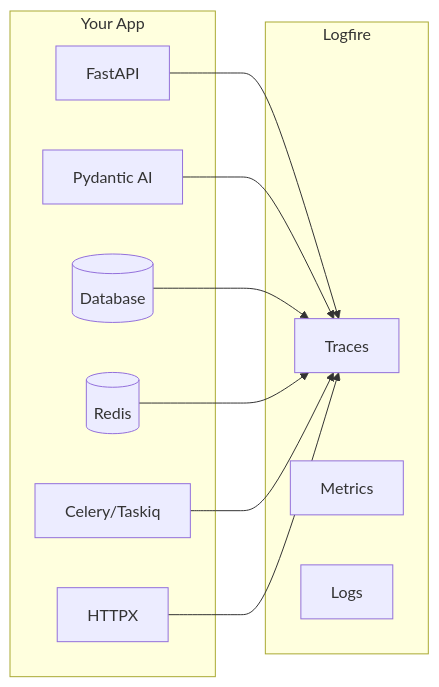
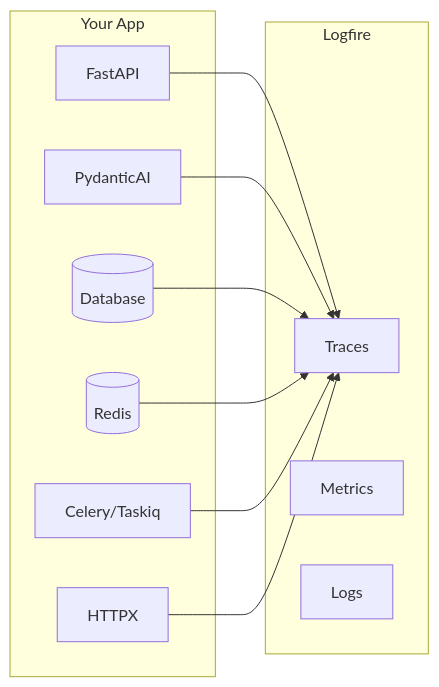
Before and after one commit to zqf20096327/dbhub_collect: the third of 3 diagrams in data/readmes/vstorm-co__full-stack-ai-agent-template.md, drawn with Mermaid. The commit also changed other lines of this file and 1784 other files, not shown here.

````diff
--- a/data/readmes/vstorm-co__full-stack-ai-agent-template.md
+++ b/data/readmes/vstorm-co__full-stack-ai-agent-template.md
@@ -1056,24 +1047,24 @@
 ```mermaid
 graph LR
     subgraph Your App
         API[FastAPI]
-        Agent[Pydantic AI]
+        Agent[PydanticAI]
         DB[(Database)]
         Cache[(Redis)]
         Queue[Celery/Taskiq]
         HTTP[HTTPX]
     end
 
     subgraph Logfire
         Traces[Traces]
         Metrics[Metrics]
         Logs[Logs]
     end
 
     API --> Traces
     Agent --> Traces
     DB --> Traces
     Cache --> Traces
     Queue --> Traces
     HTTP --> Traces
 ```
````
